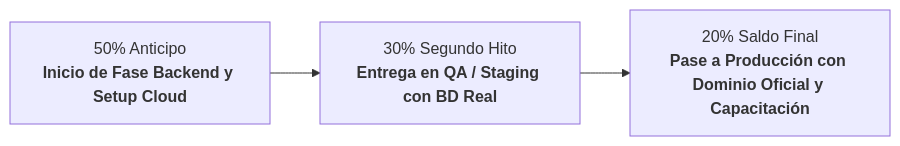
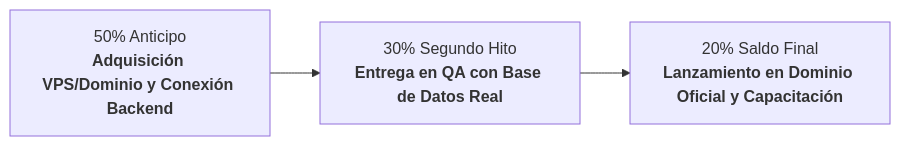
The second of 2 diagrams in docs/COTIZACION_Y_PLAN_DESPLIEGUE.md (brayancortes22/yanbal-prestige), drawn with Mermaid before and after one commit. The commit also changed other lines of this file, not shown here.

Commit message:
docs: optimize infrastructure plan with annual multi-project VPS, local WebP image storage and Cloudflare CDN

````diff
--- a/docs/COTIZACION_Y_PLAN_DESPLIEGUE.md
+++ b/docs/COTIZACION_Y_PLAN_DESPLIEGUE.md
@@ -155,5 +164,5 @@
 ```mermaid
 flowchart LR
-    A["50% Anticipo<br><b>Inicio de Fase Backend y Setup Cloud</b>"] --> B["30% Segundo Hito<br><b>Entrega en QA / Staging con BD Real</b>"]
-    B --> C["20% Saldo Final<br><b>Pase a Producción con Dominio Oficial y Capacitación</b>"]
+    A["50% Anticipo<br><b>Adquisición VPS/Dominio y Conexión Backend</b>"] --> B["30% Segundo Hito<br><b>Entrega en QA con Base de Datos Real</b>"]
+    B --> C["20% Saldo Final<br><b>Lanzamiento en Dominio Oficial y Capacitación</b>"]
 ```
````
